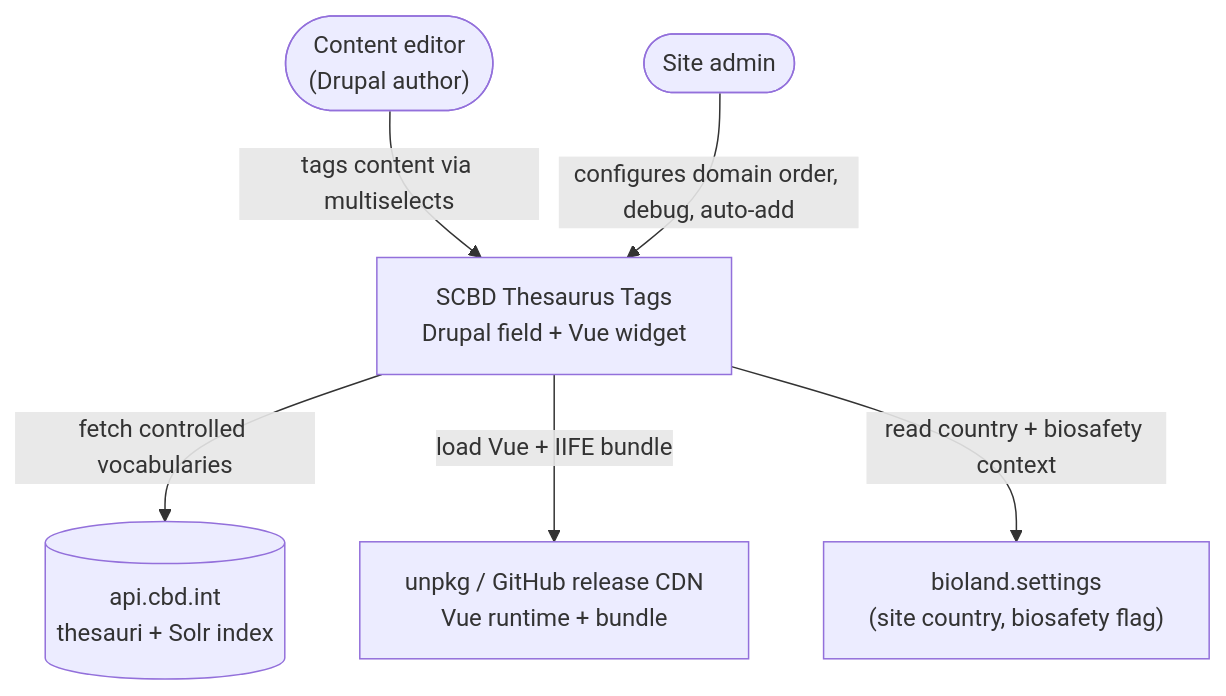
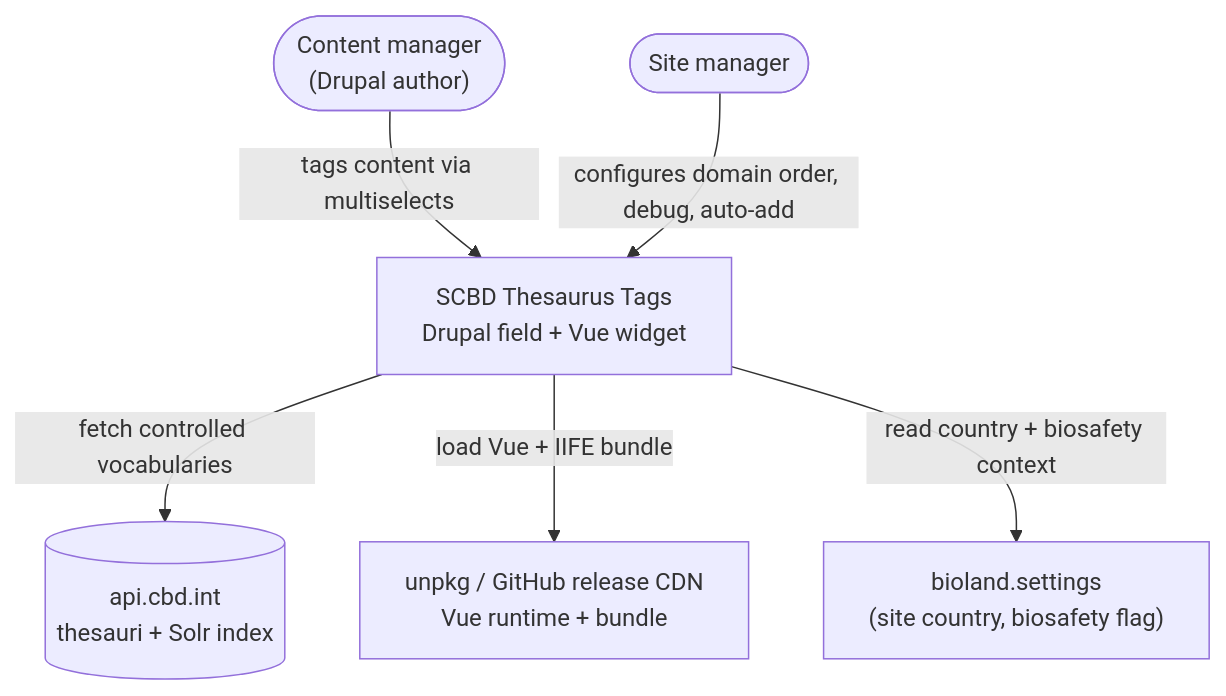
One commit to scbd/drupal-module-scbd-thesaurus-tags changed the first of 7 diagrams in docs/architecture.md. Above: the diagram before and after it, drawn with Mermaid. The commit also changed other lines of this file and 2 other files, not shown here.

````diff
--- a/docs/architecture.md
+++ b/docs/architecture.md
@@ -25,17 +25,17 @@
 ```mermaid
 flowchart TB
-  editor(["Content editor<br/>(Drupal author)"])
-  admin(["Site admin"])
+  editor(["Content manager<br/>(Drupal author)"])
+  admin(["Site manager"])
 
   system["SCBD Thesaurus Tags<br/>Drupal field + Vue widget"]
 
   api[("api.cbd.int<br/>thesauri + Solr index")]
   cdn["unpkg / GitHub release CDN<br/>Vue runtime + bundle"]
   bioland["bioland.settings<br/>(site country, biosafety flag)"]
 
   editor -->|"tags content via multiselects"| system
   admin -->|"configures domain order, debug, auto-add"| system
   system -->|"fetch controlled vocabularies"| api
   system -->|"load Vue + IIFE bundle"| cdn
   system -->|"read country + biosafety context"| bioland
 ```
````
